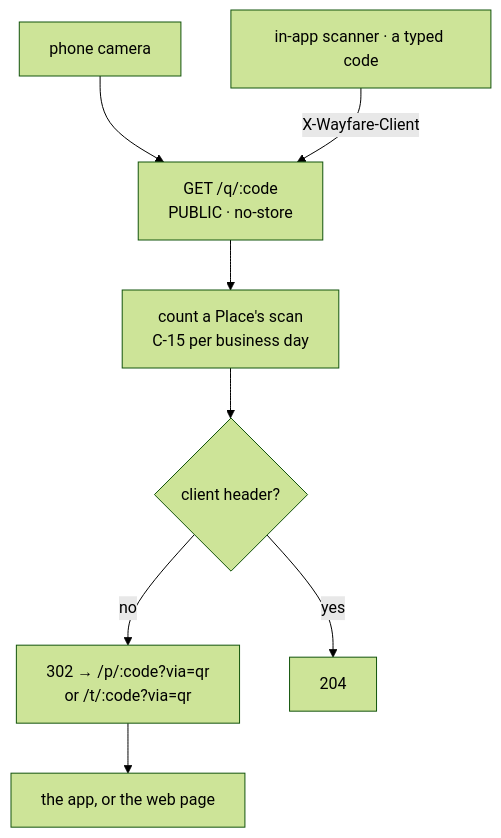
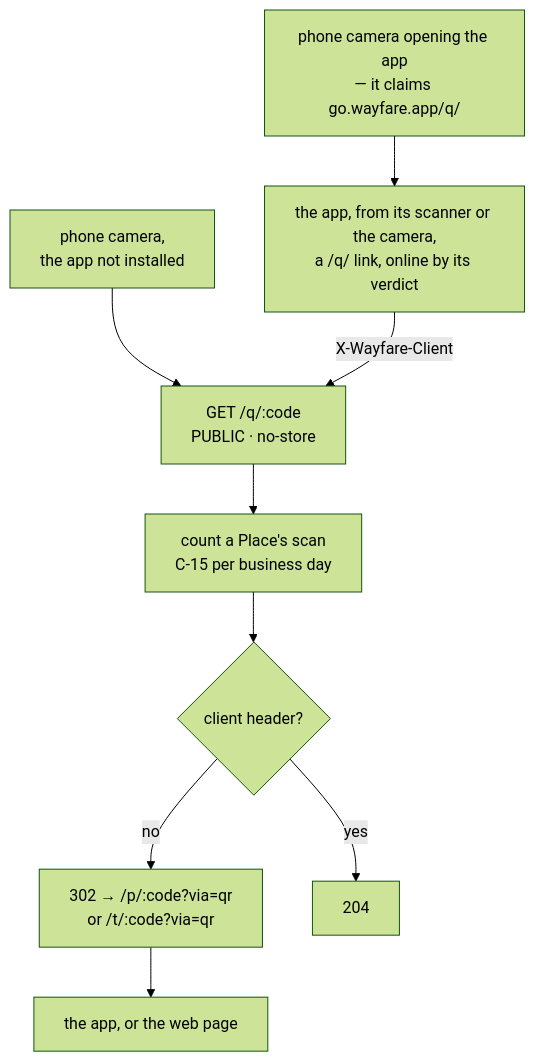
The third of 3 diagrams in docs/reference/flows/sync-and-offline.md (dungtq2k5/wayfare), drawn with Mermaid (forest theme) before and after one commit. The commit also changed other lines of this file and 11 other files, not shown here.

````diff
--- a/docs/reference/flows/sync-and-offline.md
+++ b/docs/reference/flows/sync-and-offline.md
@@ -59,10 +59,11 @@
 ```mermaid
 flowchart TD
-  CAM[phone camera] --> Q[GET /q/:code<br/>PUBLIC · no-store]
-  APP[in-app scanner · a typed code] -->|X-Wayfare-Client| Q
+  CAM[phone camera,<br/>the app not installed] --> Q[GET /q/:code<br/>PUBLIC · no-store]
+  CAMAPP[phone camera opening the app<br/>— it claims go.wayfare.app/q/] --> APP
+  APP[the app, from its scanner or the camera,<br/>a /q/ link, online by its verdict] -->|X-Wayfare-Client| Q
   Q --> CNT[count a Place's scan<br/>C-15 per business day]
   CNT --> R{client header?}
   R -->|no| RD[302 → /p/:code?via=qr<br/>or /t/:code?via=qr]
   R -->|yes| NC[204]
   RD --> OPEN[the app, or the web page]
 ```
````
